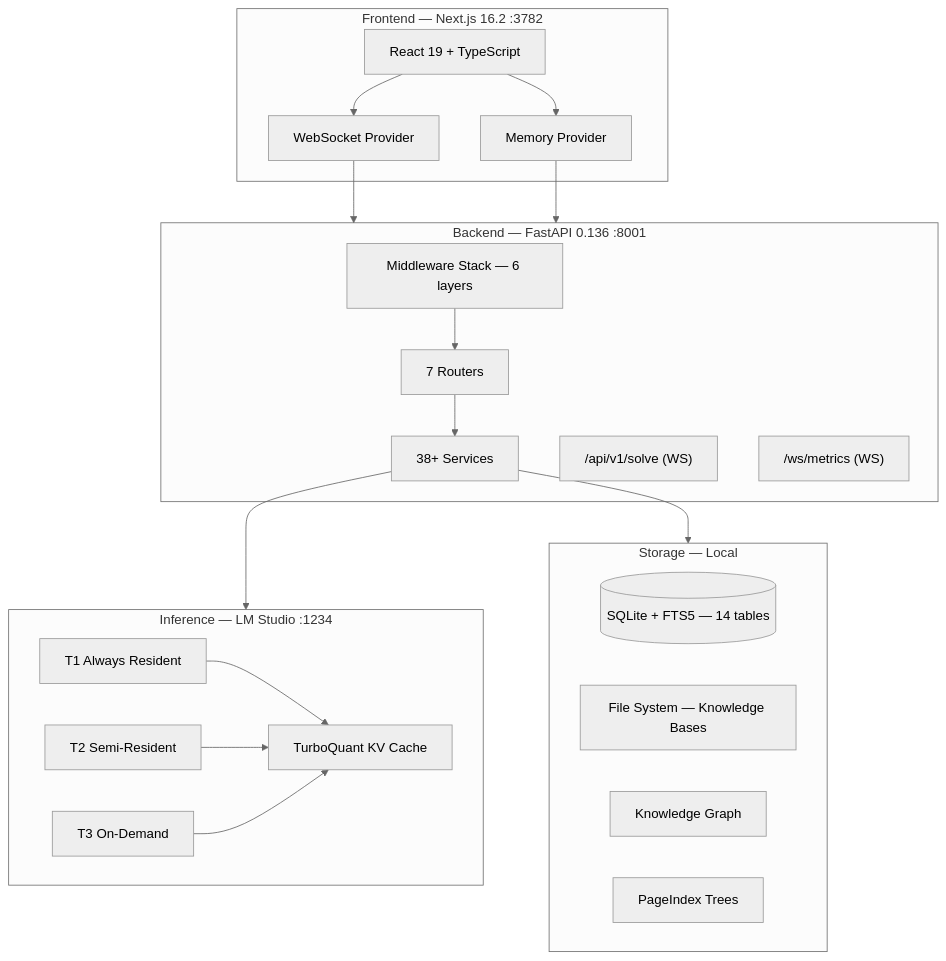
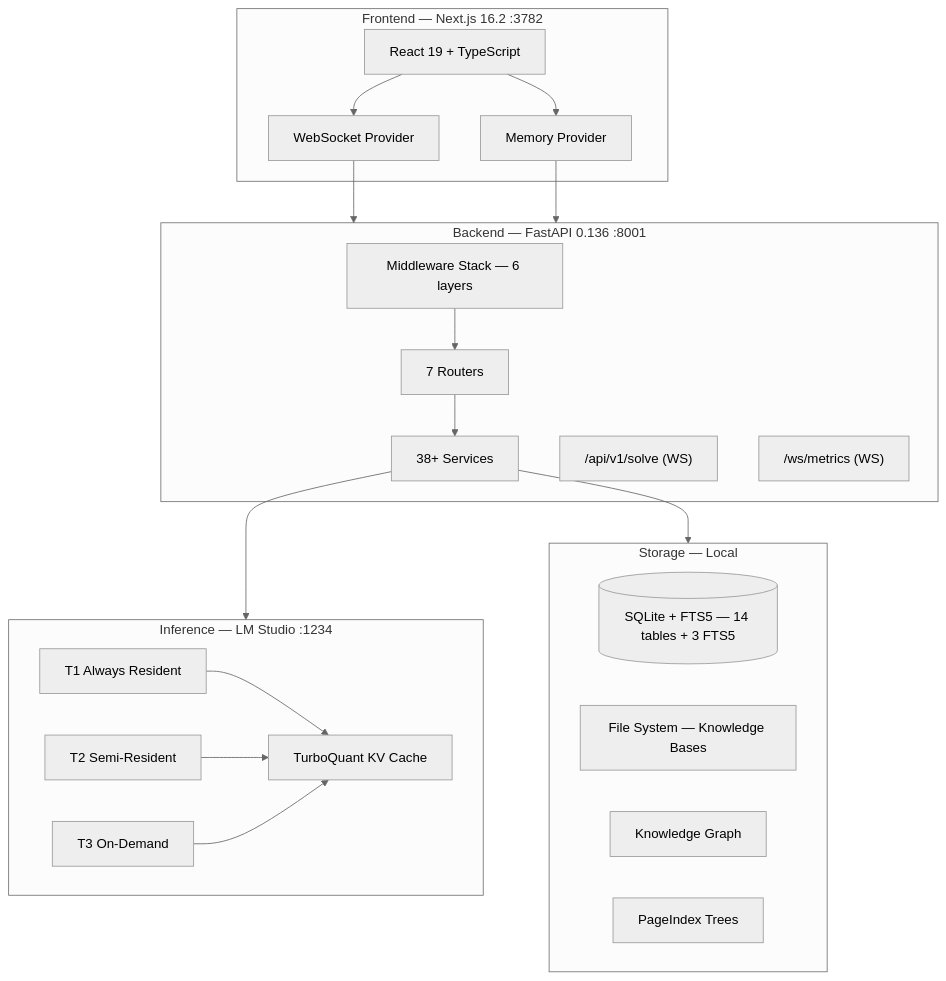
Before and after one commit to shinshekai/Deep: the first of 6 diagrams in README.md, drawn with Mermaid (neutral theme). The commit also changed other lines of this file, not shown here.

First line of the commit message:
docs(readme): reconcile memory table counts with the schema

````diff
--- a/README.md
+++ b/README.md
@@ -59,41 +58,41 @@
 ```mermaid
 graph TB
     subgraph Frontend["Frontend — Next.js 16.2 :3782"]
         UI[React 19 + TypeScript]
         WS[WebSocket Provider]
         MP[Memory Provider]
     end
 
     subgraph Backend["Backend — FastAPI 0.136 :8001"]
         MW[Middleware Stack — 6 layers]
         R[7 Routers]
         SVC[38+ Services]
         WS1["/api/v1/solve (WS)"]
         WS2["/ws/metrics (WS)"]
     end
 
     subgraph Inference["Inference — LM Studio :1234"]
         T1[T1 Always Resident]
         T2[T2 Semi-Resident]
         T3[T3 On-Demand]
         TQ[TurboQuant KV Cache]
     end
 
     subgraph Storage["Storage — Local"]
-        DB[(SQLite + FTS5 — 14 tables)]
+        DB[(SQLite + FTS5 — 14 tables + 3 FTS5)]
         FS[File System — Knowledge Bases]
         KG[Knowledge Graph]
         IDX[PageIndex Trees]
     end
 
     UI --> WS
     UI --> MP
     WS --> Backend
     MP --> Backend
     MW --> R --> SVC
     SVC --> Inference
     SVC --> Storage
     T1 --> TQ
     T2 --> TQ
     T3 --> TQ
 ```
````
